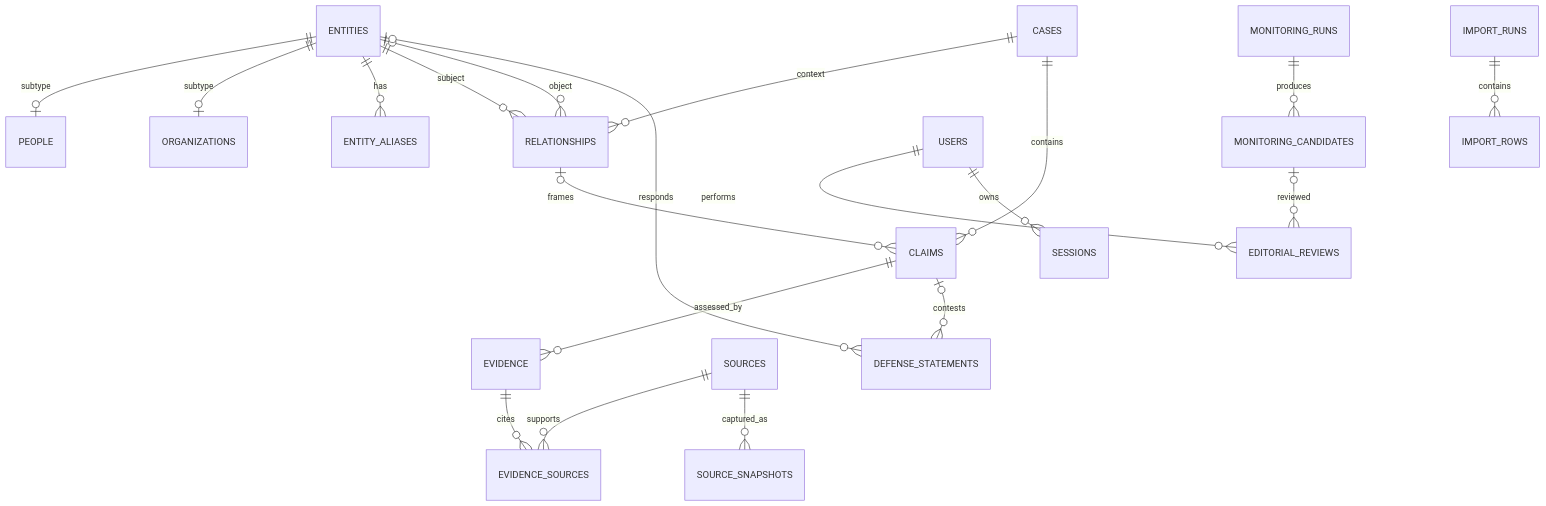
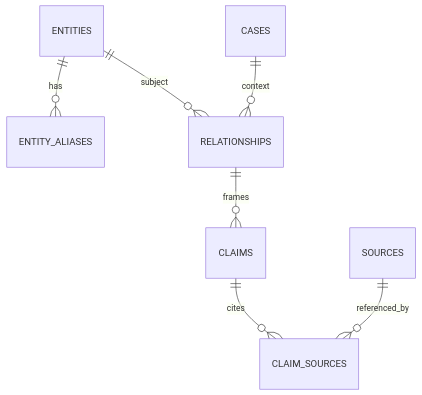
One commit to raphaieu/vorcarozap changed the diagram in docs/05-modelo-de-dados.md. Above: the diagram before and after it, drawn with Mermaid. The commit also changed other lines of this file and 14 other files, not shown here.

````diff
--- a/docs/05-modelo-de-dados.md
+++ b/docs/05-modelo-de-dados.md
@@ -35,22 +23,9 @@
 ```mermaid
 erDiagram
-  ENTITIES ||--o| PEOPLE : subtype
-  ENTITIES ||--o| ORGANIZATIONS : subtype
   ENTITIES ||--o{ ENTITY_ALIASES : has
   ENTITIES ||--o{ RELATIONSHIPS : subject
-  ENTITIES o|--o{ RELATIONSHIPS : object
   CASES ||--o{ RELATIONSHIPS : context
-  CASES ||--o{ CLAIMS : contains
-  RELATIONSHIPS o|--o{ CLAIMS : frames
-  CLAIMS ||--o{ EVIDENCE : assessed_by
-  EVIDENCE ||--o{ EVIDENCE_SOURCES : cites
-  SOURCES ||--o{ EVIDENCE_SOURCES : supports
-  SOURCES ||--o{ SOURCE_SNAPSHOTS : captured_as
-  ENTITIES o|--o{ DEFENSE_STATEMENTS : responds
-  CLAIMS o|--o{ DEFENSE_STATEMENTS : contests
-  MONITORING_RUNS ||--o{ MONITORING_CANDIDATES : produces
-  MONITORING_CANDIDATES o|--o{ EDITORIAL_REVIEWS : reviewed
-  USERS ||--o{ EDITORIAL_REVIEWS : performs
-  USERS ||--o{ SESSIONS : owns
-  IMPORT_RUNS ||--o{ IMPORT_ROWS : contains
+  RELATIONSHIPS ||--o{ CLAIMS : frames
+  CLAIMS ||--o{ CLAIM_SOURCES : cites
+  SOURCES ||--o{ CLAIM_SOURCES : referenced_by
 ```
````
